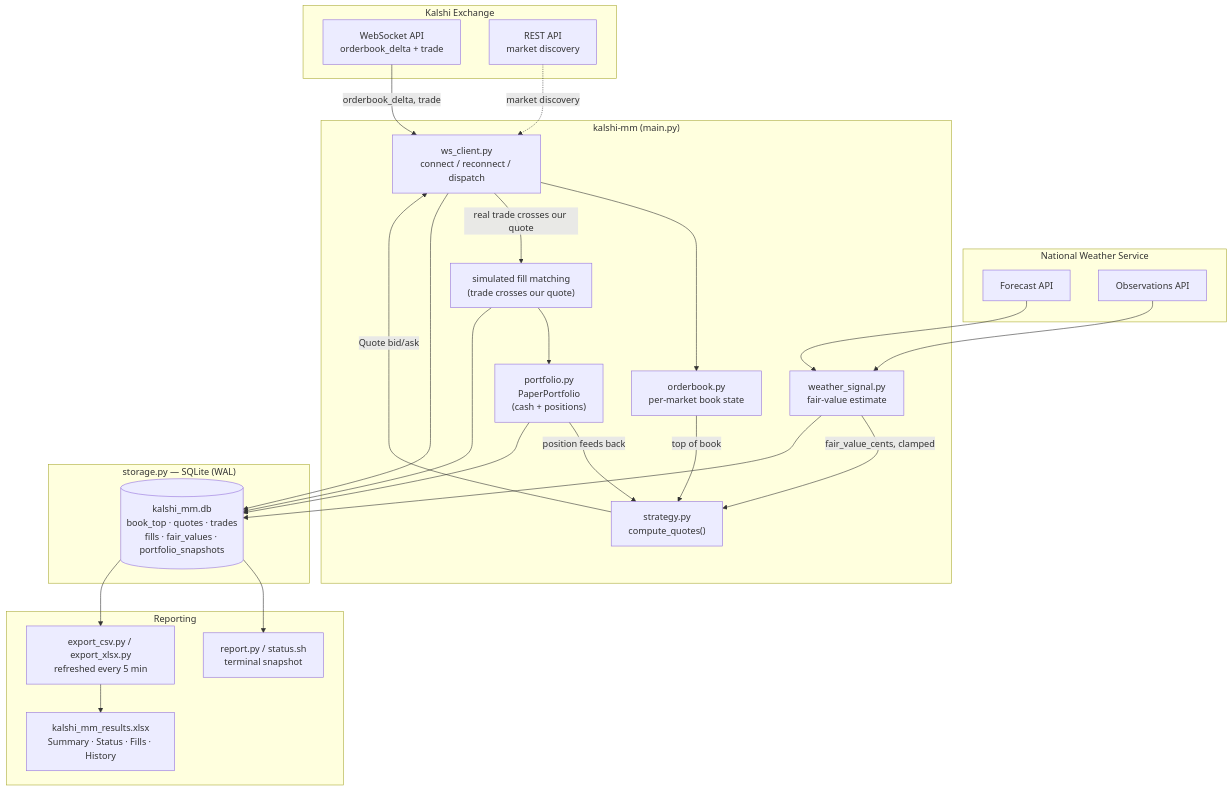
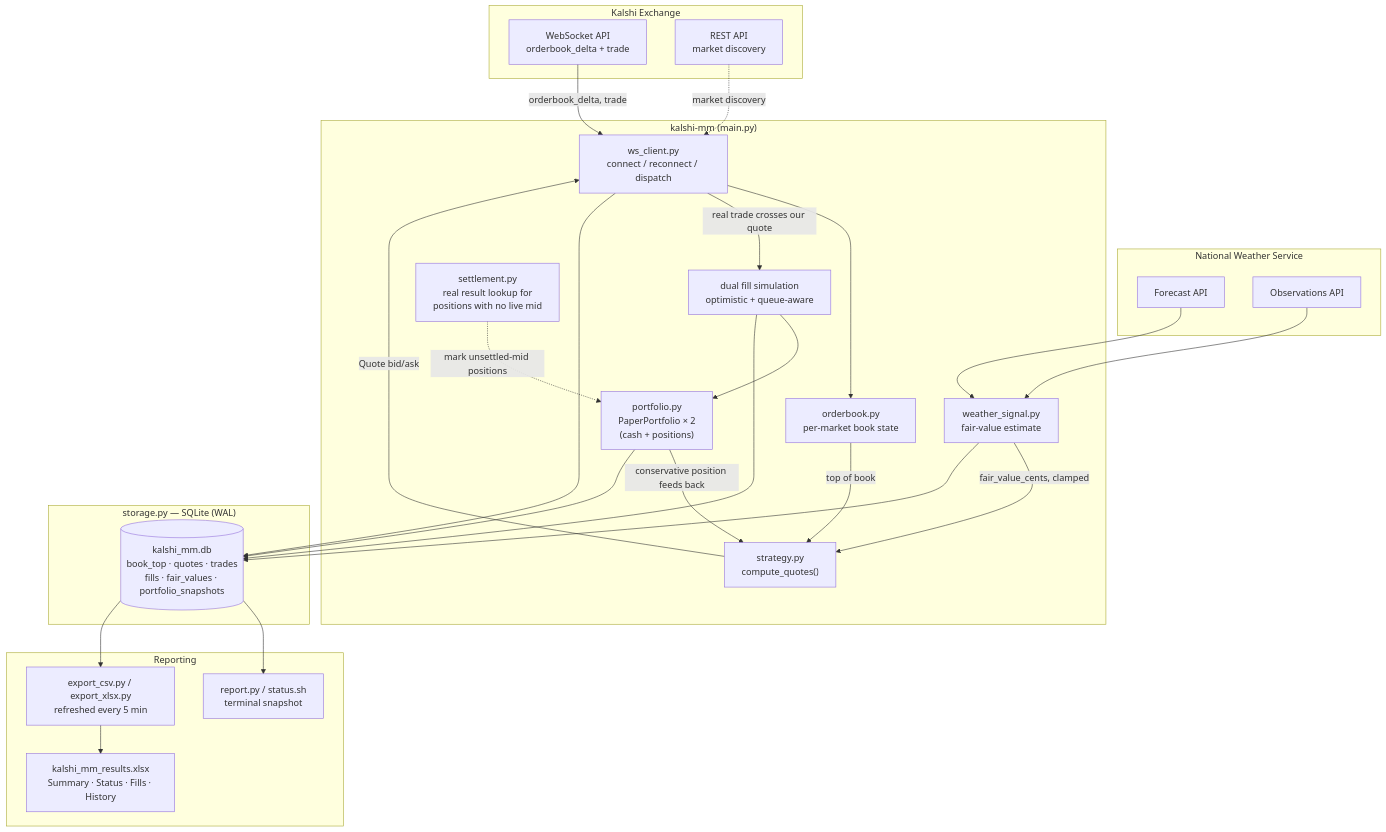
One commit to ksubramanian709/Kalshi-Market-Making changed the diagram in README.md. Above: the diagram before and after it, drawn with Mermaid. The commit also changed other lines of this file, not shown here.

First line of the commit message:
Update README: real capital is live, not paper-only

````diff
--- a/README.md
+++ b/README.md
@@ -29,51 +38,53 @@
 ```mermaid
 flowchart TB
     subgraph Kalshi["Kalshi Exchange"]
         WS["WebSocket API<br/>orderbook_delta + trade"]
         REST["REST API<br/>market discovery"]
     end
 
     subgraph NWS["National Weather Service"]
         FC["Forecast API"]
         OBS["Observations API"]
     end
 
     subgraph Bot["kalshi-mm (main.py)"]
         WSC["ws_client.py<br/>connect / reconnect / dispatch"]
         OB["orderbook.py<br/>per-market book state"]
         WSIG["weather_signal.py<br/>fair-value estimate"]
         STRAT["strategy.py<br/>compute_quotes()"]
-        FILL["simulated fill matching<br/>(trade crosses our quote)"]
-        PORT["portfolio.py<br/>PaperPortfolio<br/>(cash + positions)"]
+        FILL["dual fill simulation<br/>optimistic + queue-aware"]
+        PORT["portfolio.py<br/>PaperPortfolio × 2<br/>(cash + positions)"]
+        SETL["settlement.py<br/>real result lookup for<br/>positions with no live mid"]
     end
 
     subgraph Storage["storage.py — SQLite (WAL)"]
         DB[("kalshi_mm.db<br/>book_top · quotes · trades<br/>fills · fair_values · portfolio_snapshots")]
     end
 
     subgraph Outputs["Reporting"]
         RPT["report.py / status.sh<br/>terminal snapshot"]
         CSV["export_csv.py / export_xlsx.py<br/>refreshed every 5 min"]
         XLS["kalshi_mm_results.xlsx<br/>Summary · Status · Fills · History"]
     end
 
     WS -->|orderbook_delta, trade| WSC
     WSC --> OB
     OB -->|top of book| STRAT
     WSIG -->|fair_value_cents, clamped| STRAT
     FC --> WSIG
     OBS --> WSIG
     REST -.market discovery.-> WSC
     STRAT -->|Quote bid/ask| WSC
     WSC -->|real trade crosses our quote| FILL
     FILL --> PORT
-    PORT -->|position feeds back| STRAT
+    PORT -->|conservative position feeds back| STRAT
+    SETL -.mark unsettled-mid positions.-> PORT
 
     WSC --> DB
     FILL --> DB
     PORT --> DB
     WSIG --> DB
 
     DB --> RPT
     DB --> CSV --> XLS
 ```
````
